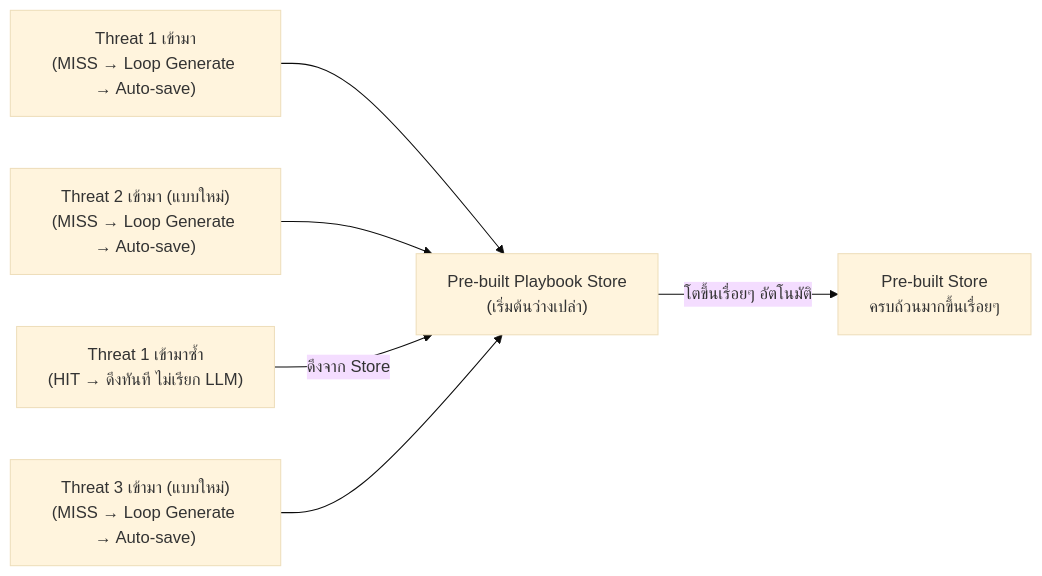
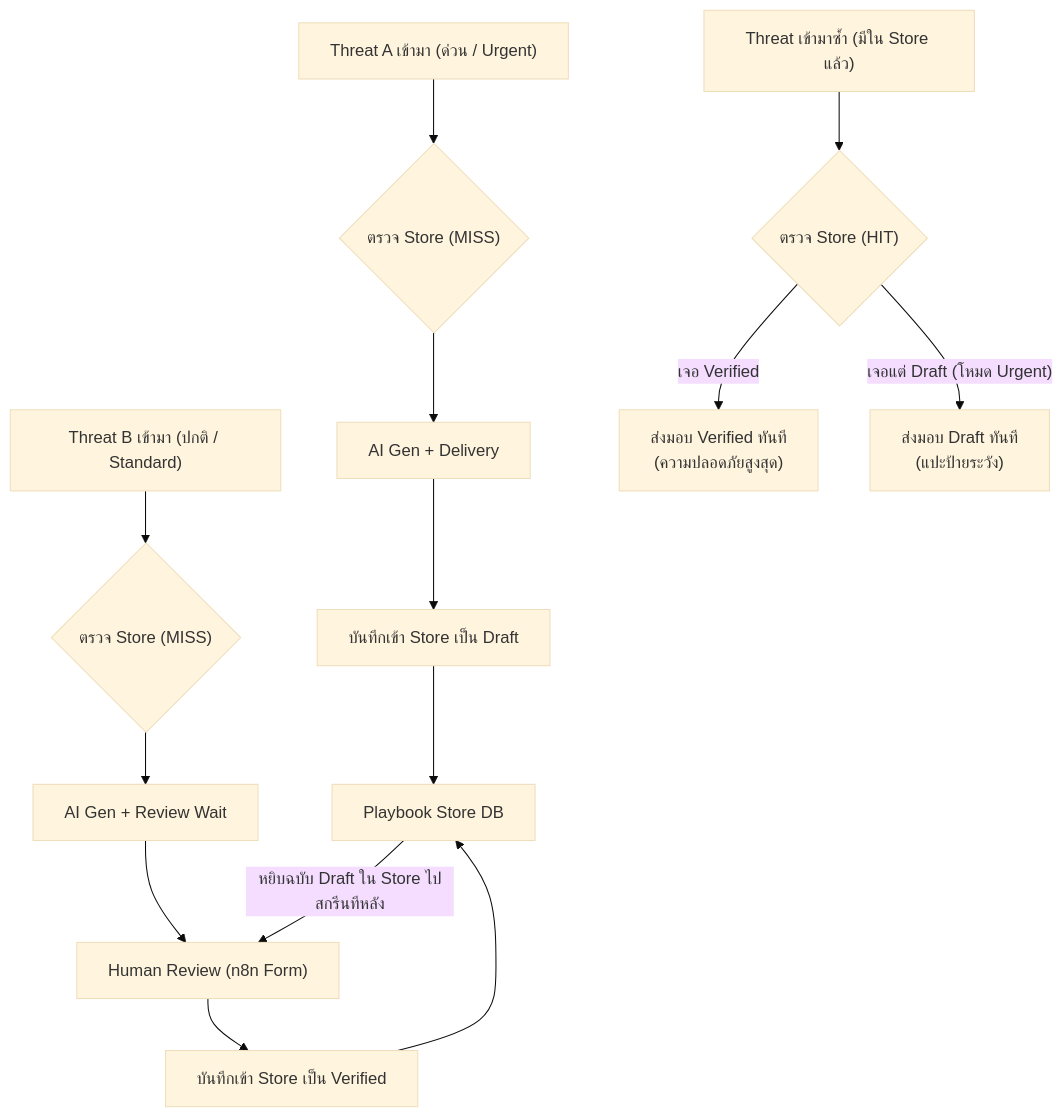
Diagram 12 of 12 in architecture.md (Chaithawatcer/omnissiah-playbook-workflow), drawn with Mermaid (base theme) before and after one commit. The commit also changed other lines of this file, not shown here.

Commit message:
Update architecture for Playbook Development Lifecycle and dual-flow workflows

````diff
--- a/architecture.md
+++ b/architecture.md
@@ -411,8 +517,21 @@
 ```mermaid
-graph LR
-    A["Threat 1 เข้ามา\n(MISS → Loop Generate → Auto-save)"] --> store["Pre-built Playbook Store\n(เริ่มต้นว่างเปล่า)"]
-    B["Threat 2 เข้ามา (แบบใหม่)\n(MISS → Loop Generate → Auto-save)"] --> store
-    C["Threat 1 เข้ามาซ้ำ\n(HIT → ดึงทันที ไม่เรียก LLM)"] -- "ดึงจาก Store" --> store
-    D["Threat 3 เข้ามา (แบบใหม่)\n(MISS → Loop Generate → Auto-save)"] --> store
-    store -- "โตขึ้นเรื่อยๆ อัตโนมัติ" --> bigstore["Pre-built Store\nครบถ้วนมากขึ้นเรื่อยๆ"]
+graph TD
+    A["Threat A เข้ามา (ด่วน / Urgent)"] --> MISS_urg{"ตรวจ Store (MISS)"}
+    MISS_urg --> Gen_urg["AI Gen + Delivery"]
+    Gen_urg --> Save_Draft["บันทึกเข้า Store เป็น Draft"]
+    
+    Save_Draft --> StoreDB["Playbook Store DB"]
+    
+    B["Threat B เข้ามา (ปกติ / Standard)"] --> MISS_std{"ตรวจ Store (MISS)"}
+    MISS_std --> Gen_std["AI Gen + Review Wait"]
+    Gen_std --> Review_Gate["Human Review (n8n Form)"]
+    Review_Gate --> Save_Ver["บันทึกเข้า Store เป็น Verified"]
+    Save_Ver --> StoreDB
+    
+    %% Transition of Draft to Verified
+    StoreDB -- "หยิบฉบับ Draft ใน Store ไปสกรีนทีหลัง" --> Review_Gate
+    
+    C["Threat เข้ามาซ้ำ (มีใน Store แล้ว)"] --> HIT{"ตรวจ Store (HIT)"}
+    HIT -- "เจอ Verified" --> Deliver_Ver["ส่งมอบ Verified ทันที\n(ความปลอดภัยสูงสุด)"]
+    HIT -- "เจอแต่ Draft (โหมด Urgent)" --> Deliver_Drf["ส่งมอบ Draft ทันที\n(แปะป้ายระวัง)"]
 ```
````
